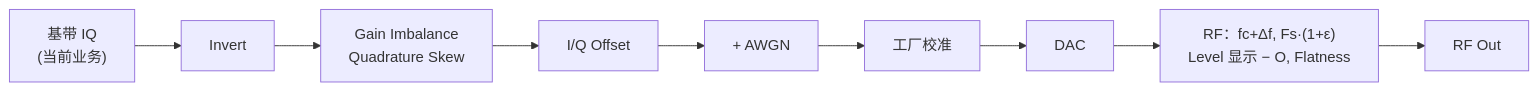
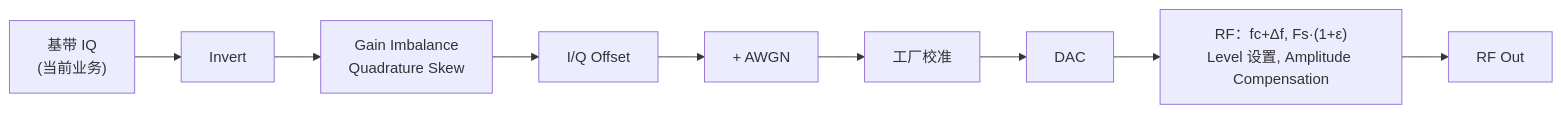
The fourth of 4 diagrams in .github/KnowledgeBase/signal_impairments_ui_entry_design.md (ChairmanHA/skills), drawn with Mermaid before and after one commit. The commit also changed other lines of this file and 16 other files, not shown here.

````diff
--- a/.github/KnowledgeBase/signal_impairments_ui_entry_design.md
+++ b/.github/KnowledgeBase/signal_impairments_ui_entry_design.md
@@ -264,5 +245,5 @@
 ```mermaid
 flowchart LR
     BB["基带 IQ<br/>(当前业务)"] --> INV["Invert"] --> IMB["Gain Imbalance<br/>Quadrature Skew"] --> OFS["I/Q Offset"] --> N["+ AWGN"] --> CAL["工厂校准"] --> DAC["DAC"]
-    DAC --> RFC["RF：fc+Δf, Fs·(1+ε)<br/>Level 显示 − O, Flatness"] --> OUT["RF Out"]
+    DAC --> RFC["RF：fc+Δf, Fs·(1+ε)<br/>Level 设置, Amplitude Compensation"] --> OUT["RF Out"]
 ```
````
